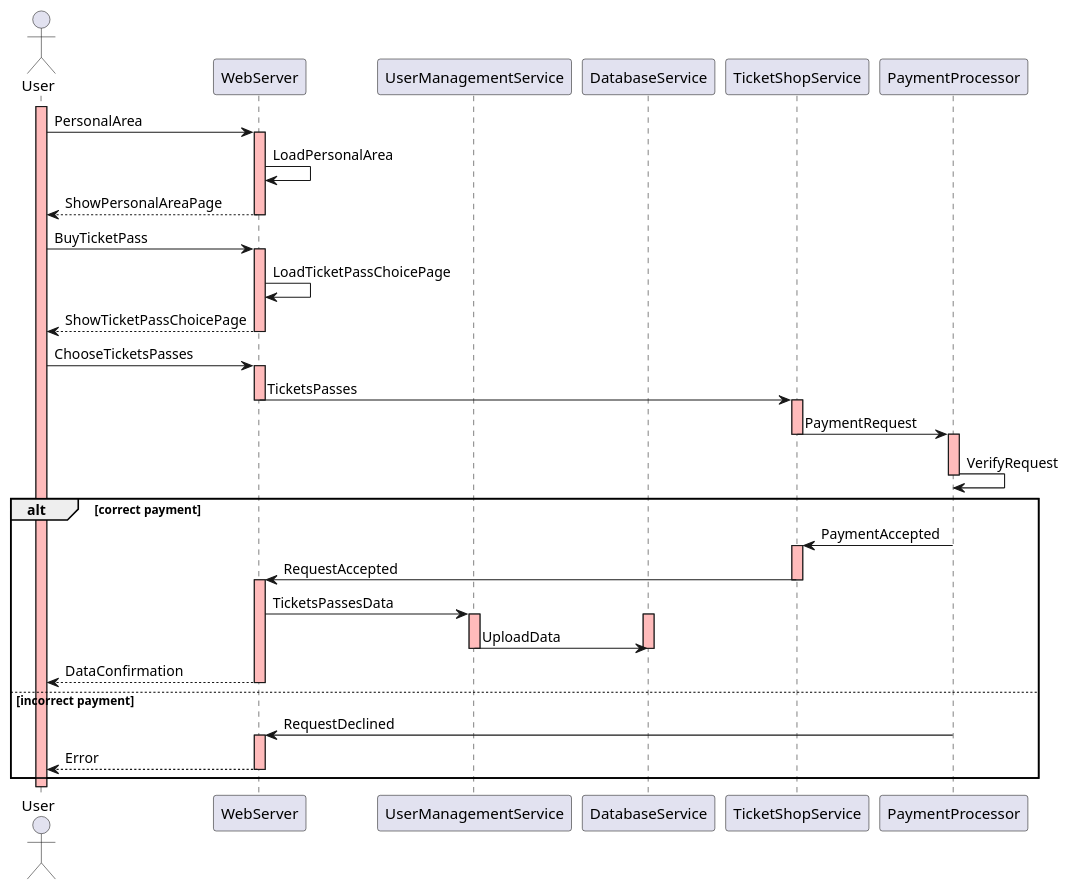
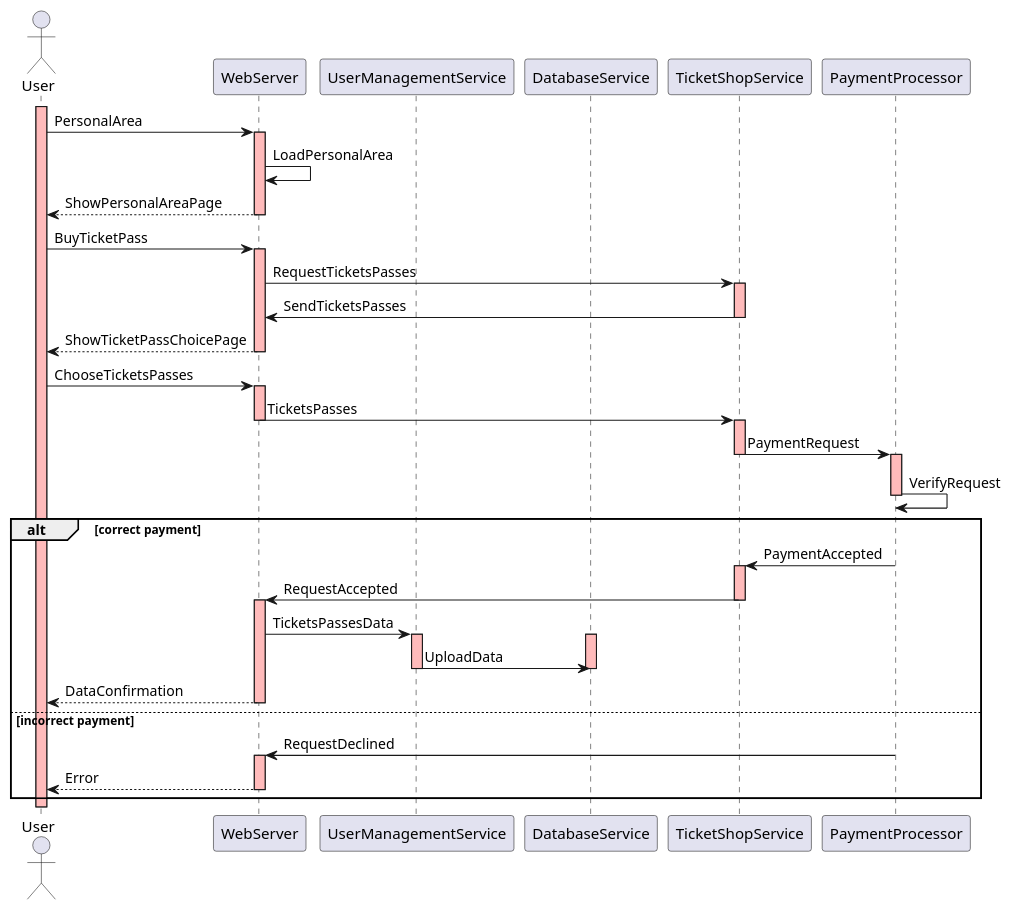
The diagram in design_document/diagrams/sequence_diagram/sequence-diagram_buyTicketPass.plantuml (fcremo/AlfonsoCarsenzuolaCremonese-ingsw2), drawn with PlantUML before and after one commit. The commit also changed 2 other files, not shown here.

Commit message:
update sequence diagram

```diff
--- a/design_document/diagrams/sequence_diagram/sequence-diagram_buyTicketPass.plantuml
+++ b/design_document/diagrams/sequence_diagram/sequence-diagram_buyTicketPass.plantuml
@@ -1,54 +1,57 @@
 @startuml
 
 actor User
 participant WebServer
 participant UserManagementService
 participant DatabaseService
 participant TicketShopService
 participant PaymentProcessor
 
 activate User #FFBBBB
 User -> WebServer: PersonalArea
 activate WebServer #FFBBBB
 WebServer -> WebServer: LoadPersonalArea
 WebServer --> User: ShowPersonalAreaPage
 deactivate WebServer
 User -> WebServer: BuyTicketPass
 activate WebServer #FFBBBB
-WebServer -> WebServer: LoadTicketPassChoicePage
+WebServer -> TicketShopService: RequestTicketsPasses
+activate TicketShopService #FFBBBB
+TicketShopService -> WebServer: SendTicketsPasses
+deactivate TicketShopService
 WebServer --> User: ShowTicketPassChoicePage
 deactivate WebServer
 User -> WebServer: ChooseTicketsPasses
 activate WebServer #FFBBBB
 WebServer -> TicketShopService: TicketsPasses
 deactivate WebServer
 activate TicketShopService #FFBBBB
 TicketShopService -> PaymentProcessor: PaymentRequest
 deactivate TicketShopService
 activate PaymentProcessor #FFBBBB
 PaymentProcessor -> PaymentProcessor: VerifyRequest
 deactivate PaymentProcessor
 
 alt correct payment
   PaymentProcessor -> TicketShopService: PaymentAccepted
   activate TicketShopService #FFBBBB
   TicketShopService -> WebServer: RequestAccepted
   deactivate TicketShopService
   activate WebServer #FFBBBB
   WebServer -> UserManagementService: TicketsPassesData
   activate UserManagementService #FFBBBB
   activate DatabaseService #FFBBBB
   UserManagementService -> DatabaseService: UploadData
   deactivate UserManagementService
   deactivate DatabaseService
 
   WebServer --> User: DataConfirmation
   deactivate WebServer
 else incorrect payment
   PaymentProcessor -> WebServer: RequestDeclined
   activate WebServer #FFBBBB
   WebServer --> User: Error
   deactivate WebServer
 end
 
 @enduml
```
